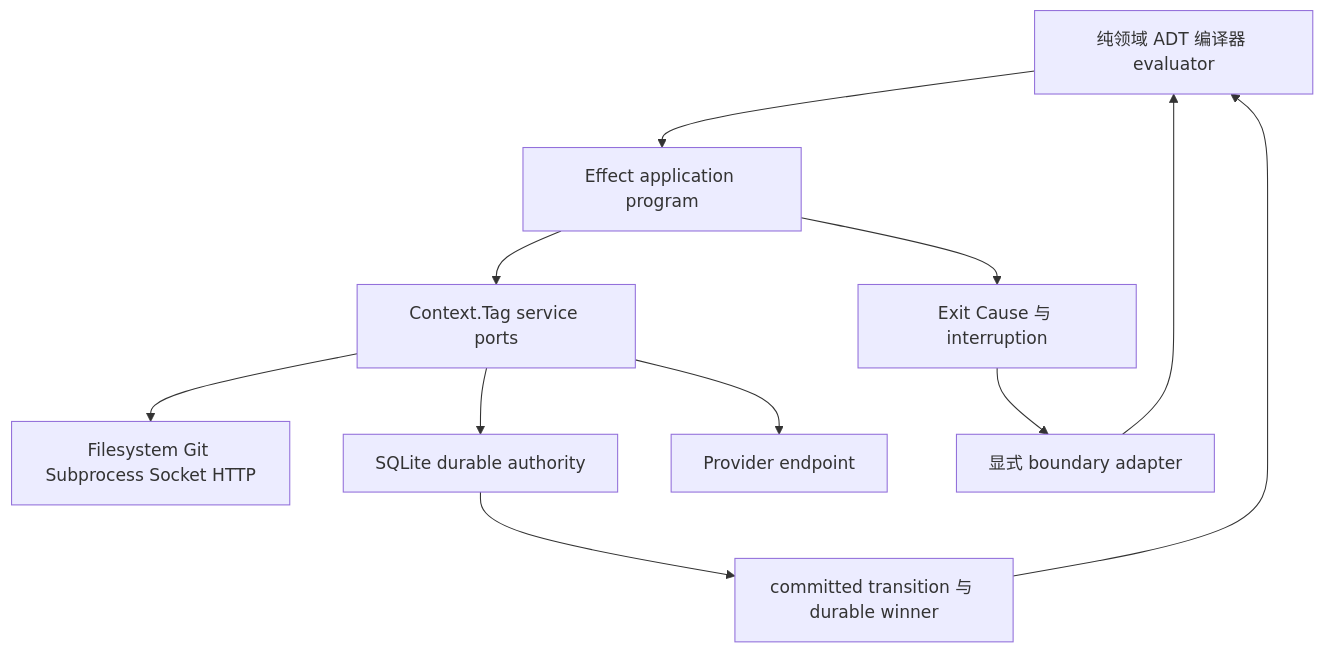
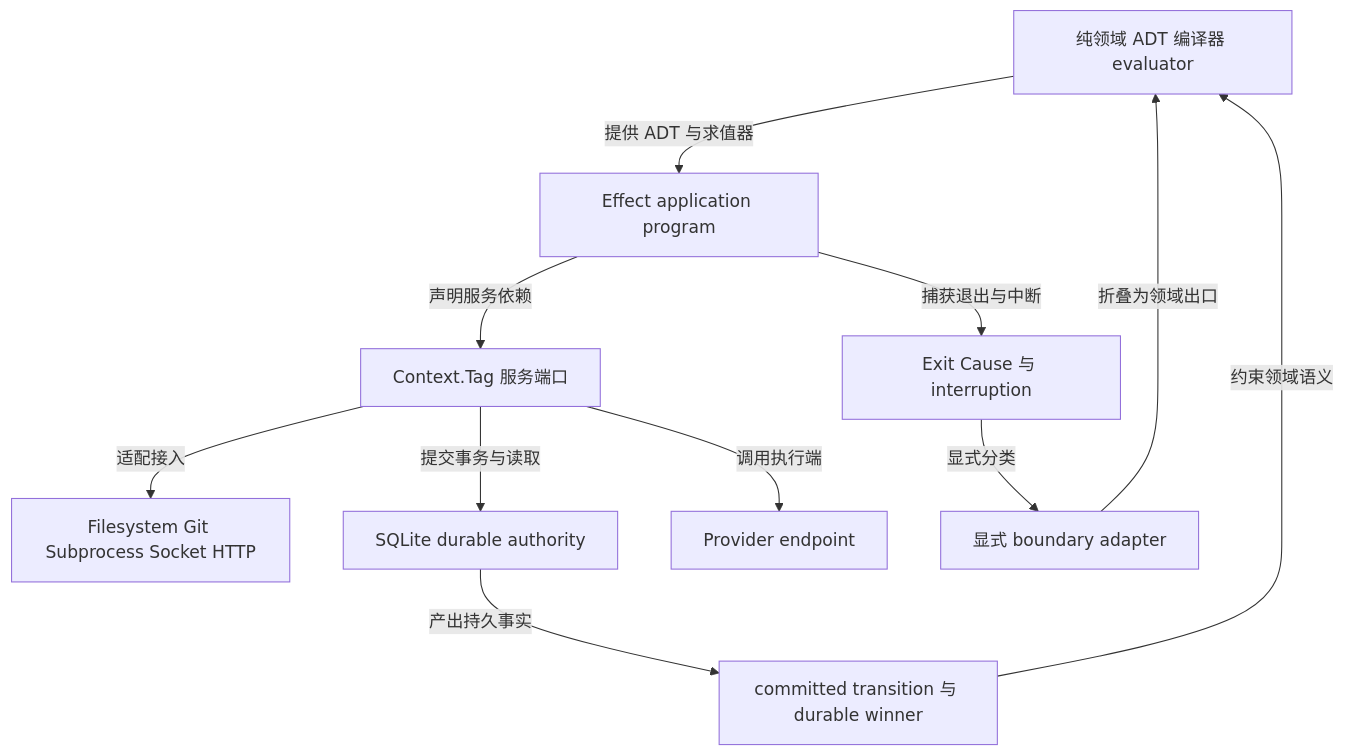
Before and after one commit to mouriya-s-lab/coder-loop: the first of 2 diagrams in v3-issue/BE.md, drawn with Mermaid. The commit also changed other lines of this file and 2 other files, not shown here.

````diff
--- a/v3-issue/BE.md
+++ b/v3-issue/BE.md
@@ -19,13 +32,13 @@
 ```mermaid
 flowchart TB
-    D[纯领域 ADT 编译器 evaluator] --> A[Effect application program]
-    A --> S[Context.Tag service ports]
-    S --> F[Filesystem Git Subprocess Socket HTTP]
-    S --> Q[SQLite durable authority]
-    S --> P[Provider endpoint]
-    Q --> H[committed transition 与 durable winner]
-    H --> D
-    A --> X[Exit Cause 与 interruption]
-    X --> B[显式 boundary adapter]
-    B --> D
+    D[纯领域 ADT 编译器 evaluator] --提供 ADT 与求值器--> A[Effect application program]
+    A --声明服务依赖--> S[Context.Tag 服务端口]
+    S --适配接入--> F[Filesystem Git Subprocess Socket HTTP]
+    S --提交事务与读取--> Q[SQLite durable authority]
+    S --调用执行端--> P[Provider endpoint]
+    Q --产出持久事实--> H[committed transition 与 durable winner]
+    H --约束领域语义--> D
+    A --捕获退出与中断--> X[Exit Cause 与 interruption]
+    X --显式分类--> B[显式 boundary adapter]
+    B --折叠为领域出口--> D
 ```
````
